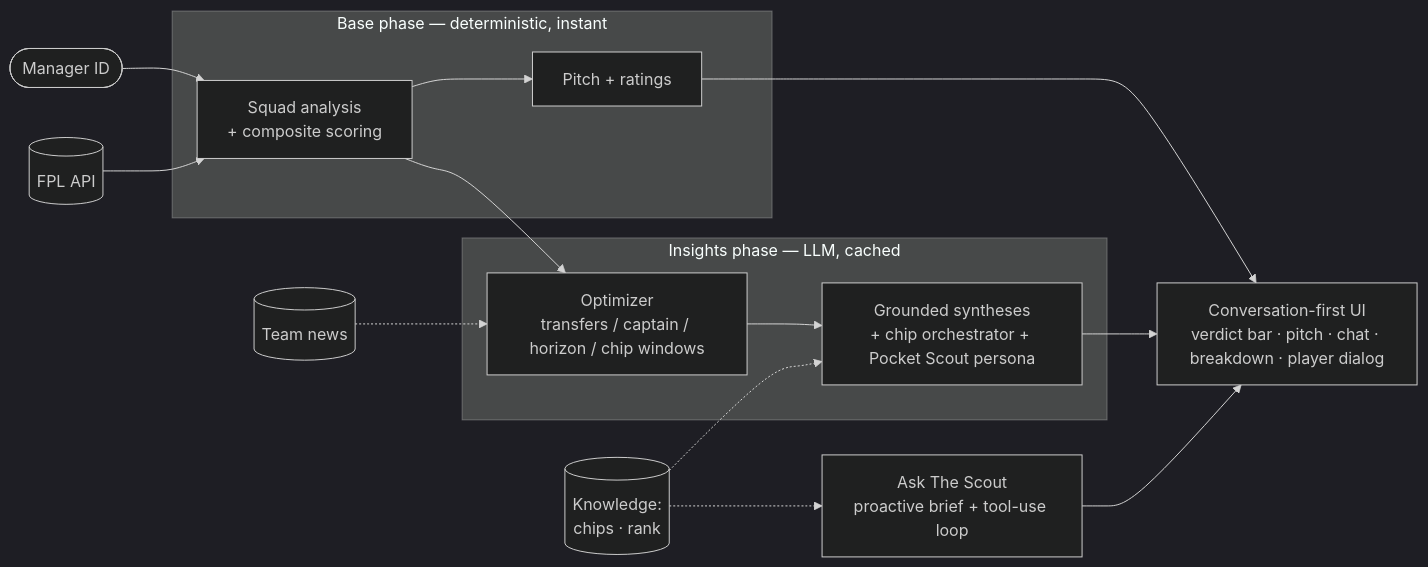
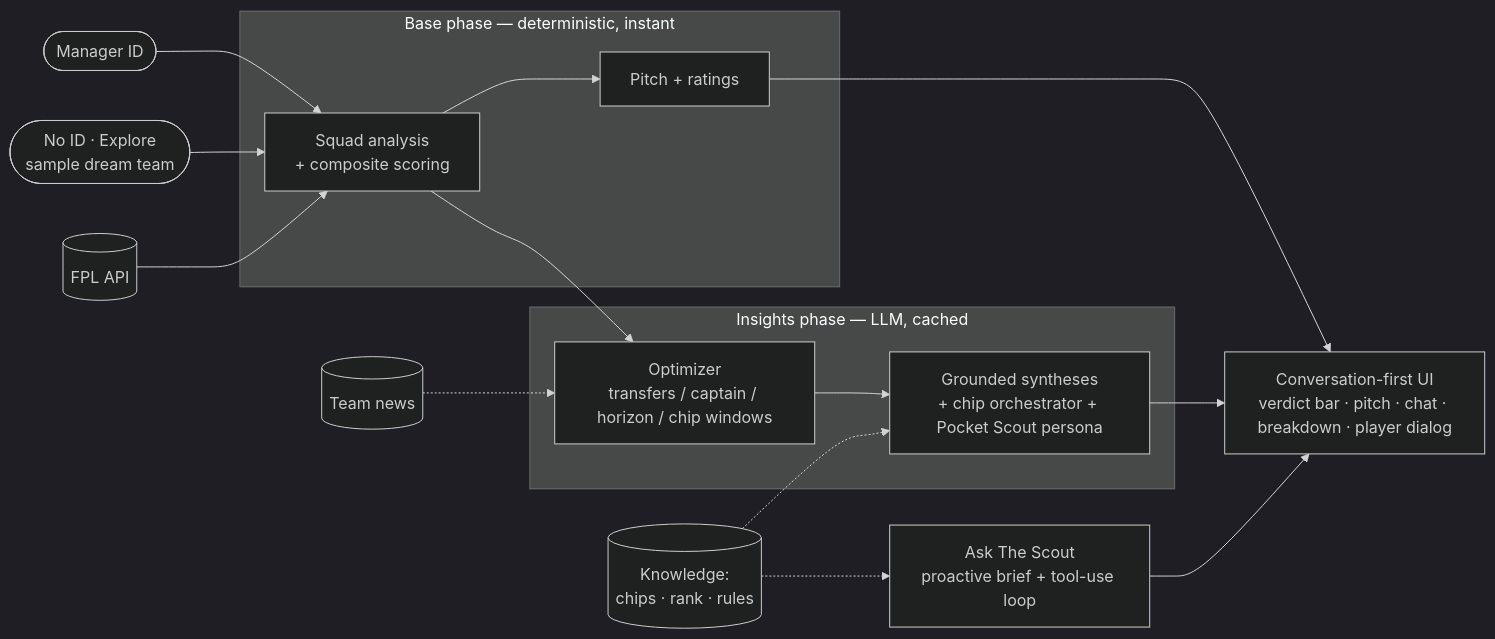
One commit to LionelKavit/Fantasy-Premier-League-Advisor changed the diagram in README.md. Above: the diagram before and after it, drawn with Mermaid (dark theme). The commit also changed other lines of this file and 8 other files, not shown here.

First line of the commit message:
docs: document demo mode (README, ARCHITECTURE, EVALUATION)

````diff
--- a/README.md
+++ b/README.md
@@ -34,18 +35,19 @@
 ```mermaid
 flowchart LR
   U([Manager ID]) --> BASE
+  D([No ID · Explore<br/>sample dream team]) --> BASE
   subgraph Fast["Base phase — deterministic, instant"]
     BASE[Squad analysis<br/>+ composite scoring] --> PITCH[Pitch + ratings]
   end
   subgraph Slow["Insights phase — LLM, cached"]
     OPT[Optimizer<br/>transfers / captain / horizon / chip windows] --> SYN[Grounded syntheses<br/>+ chip orchestrator + Pocket Scout persona]
   end
   BASE --> OPT
   FPL[(FPL API)] --> BASE
   NEWS[(Team news)] -.-> OPT
-  KB[(Knowledge:<br/>chips · rank)] -.-> SYN
+  KB[(Knowledge:<br/>chips · rank · rules)] -.-> SYN
   KB -.-> CHAT
   PITCH --> UI[Conversation-first UI<br/>verdict bar · pitch · chat · breakdown · player dialog]
   SYN --> UI
   CHAT[Ask The Scout<br/>proactive brief + tool-use loop] --> UI
 ```
````
